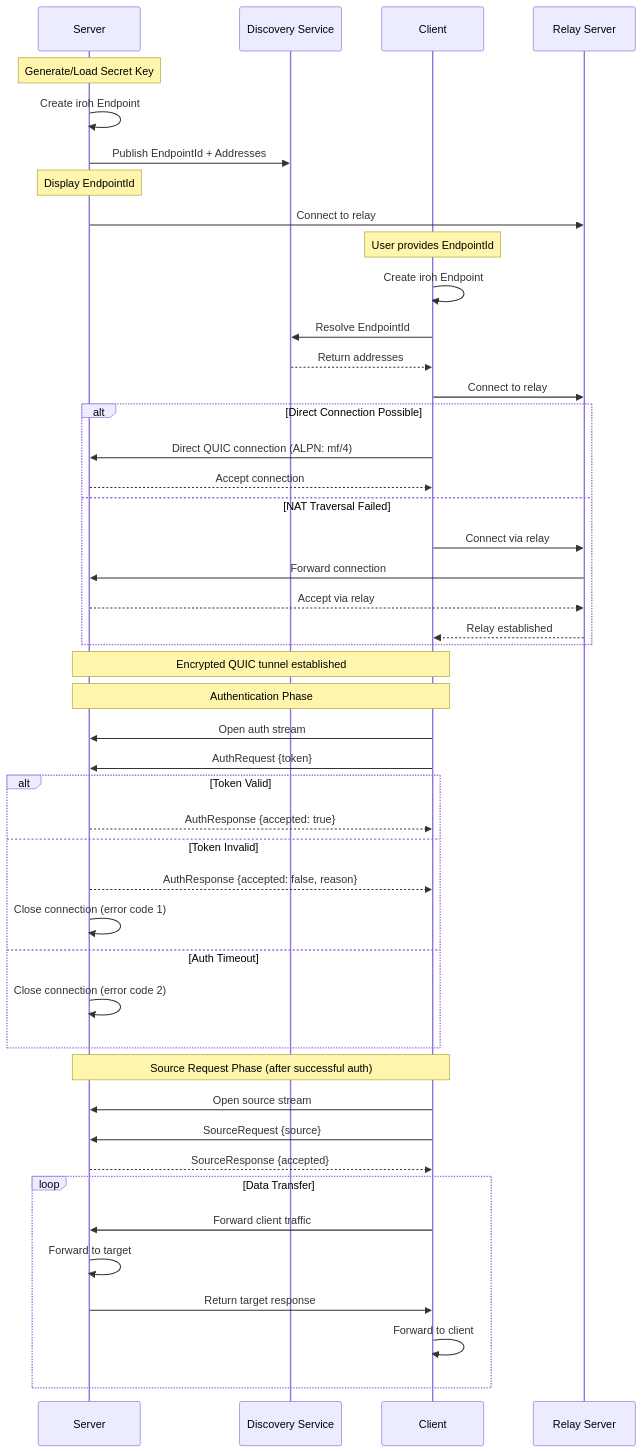
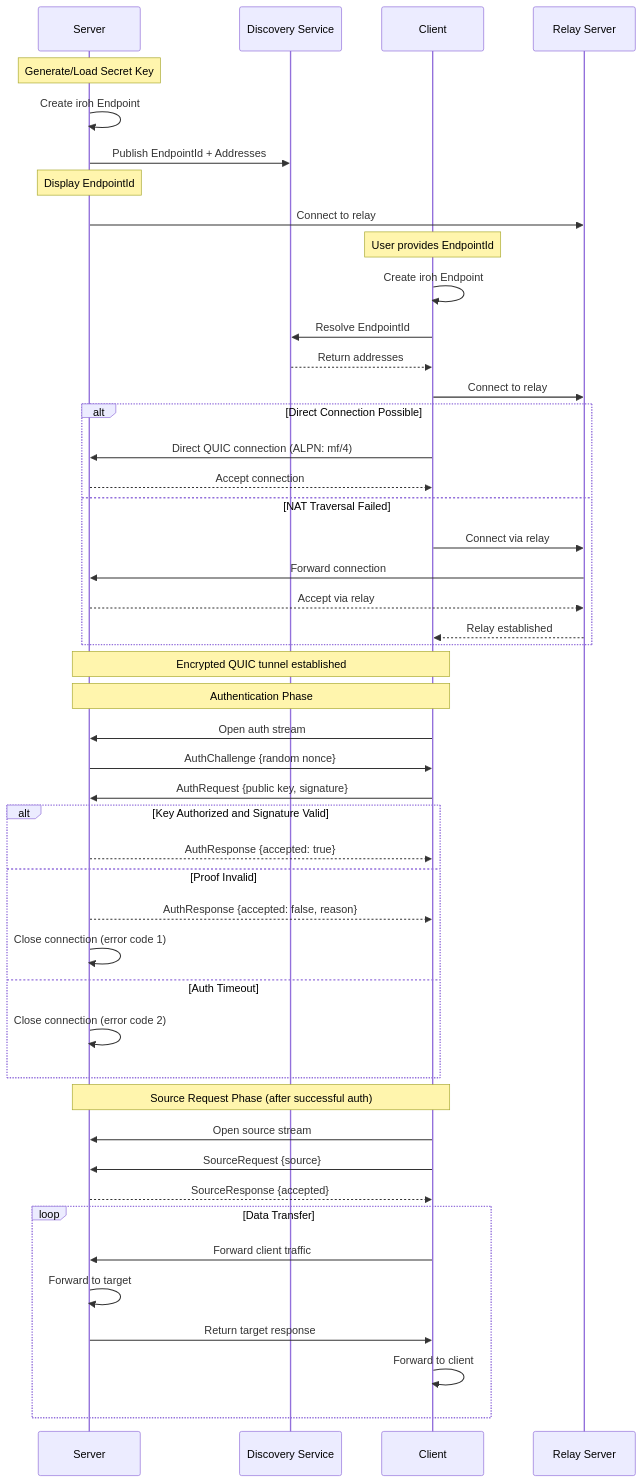
The sixth of 22 diagrams in docs/ARCHITECTURE.md (andrewtheguy/tunnel-rs), drawn with Mermaid before and after one commit. The commit also changed other lines of this file and 26 other files, not shown here.

Commit message:
Replace token auth with Ed25519 public-key authentication

````diff
--- a/docs/ARCHITECTURE.md
+++ b/docs/ARCHITECTURE.md
@@ -176,55 +176,56 @@
 ```mermaid
 sequenceDiagram
     participant S as Server
     participant SD as Discovery Service
     participant C as Client
     participant RS as Relay Server
 
     Note over S: Generate/Load Secret Key
     S->>S: Create iroh Endpoint
     S->>SD: Publish EndpointId + Addresses
     Note over S: Display EndpointId
     S->>RS: Connect to relay
 
     Note over C: User provides EndpointId
     C->>C: Create iroh Endpoint
     C->>SD: Resolve EndpointId
     SD-->>C: Return addresses
     C->>RS: Connect to relay
 
     alt Direct Connection Possible
         C->>S: Direct QUIC connection (ALPN: mf/4)
         S-->>C: Accept connection
     else NAT Traversal Failed
         C->>RS: Connect via relay
         RS->>S: Forward connection
         S-->>RS: Accept via relay
         RS-->>C: Relay established
     end
 
     Note over S,C: Encrypted QUIC tunnel established
 
     Note over C,S: Authentication Phase
     C->>S: Open auth stream
-    C->>S: AuthRequest {token}
-    alt Token Valid
+    S->>C: AuthChallenge {random nonce}
+    C->>S: AuthRequest {public key, signature}
+    alt Key Authorized and Signature Valid
         S-->>C: AuthResponse {accepted: true}
-    else Token Invalid
+    else Proof Invalid
         S-->>C: AuthResponse {accepted: false, reason}
         S->>S: Close connection (error code 1)
     else Auth Timeout
         S->>S: Close connection (error code 2)
     end
 
     Note over C,S: Source Request Phase (after successful auth)
     C->>S: Open source stream
     C->>S: SourceRequest {source}
     S-->>C: SourceResponse {accepted}
 
     loop Data Transfer
         C->>S: Forward client traffic
         S->>S: Forward to target
         S->>C: Return target response
         C->>C: Forward to client
     end
 ```
````
